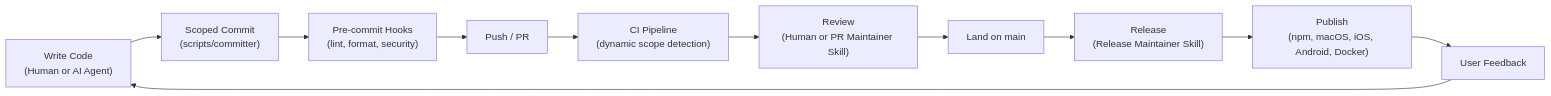
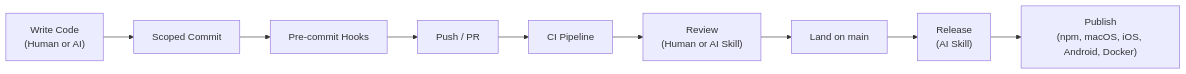
The fifth of 5 diagrams in development-process.md (BjRo/openclaw-exploration), drawn with Mermaid before and after one commit. The commit also changed other lines of this file and 4 other files, not shown here.

````diff
--- a/development-process.md
+++ b/development-process.md
@@ -378,13 +243,11 @@
 ```mermaid
 graph LR
-    Code["Write Code<br/>(Human or AI Agent)"] --> Commit["Scoped Commit<br/>(scripts/committer)"]
-    Commit --> Hooks["Pre-commit Hooks<br/>(lint, format, security)"]
+    Code["Write Code<br/>(Human or AI)"] --> Commit["Scoped Commit"]
+    Commit --> Hooks["Pre-commit Hooks"]
     Hooks --> Push["Push / PR"]
-    Push --> CI["CI Pipeline<br/>(dynamic scope detection)"]
-    CI --> Review["Review<br/>(Human or PR Maintainer Skill)"]
+    Push --> CI["CI Pipeline"]
+    CI --> Review["Review<br/>(Human or AI Skill)"]
     Review --> Land["Land on main"]
-    Land --> Release["Release<br/>(Release Maintainer Skill)"]
+    Land --> Release["Release<br/>(AI Skill)"]
     Release --> Publish["Publish<br/>(npm, macOS, iOS, Android, Docker)"]
-    Publish --> Feedback["User Feedback"]
-    Feedback --> Code
 ```
````
